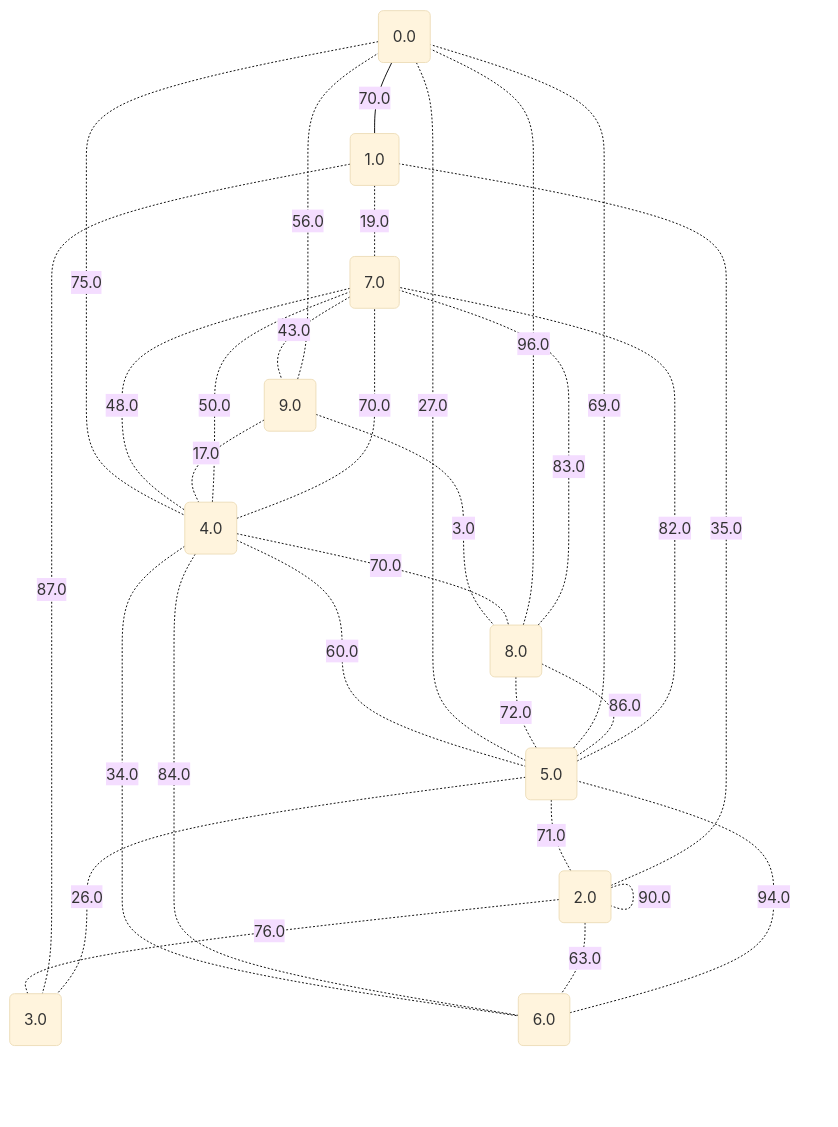
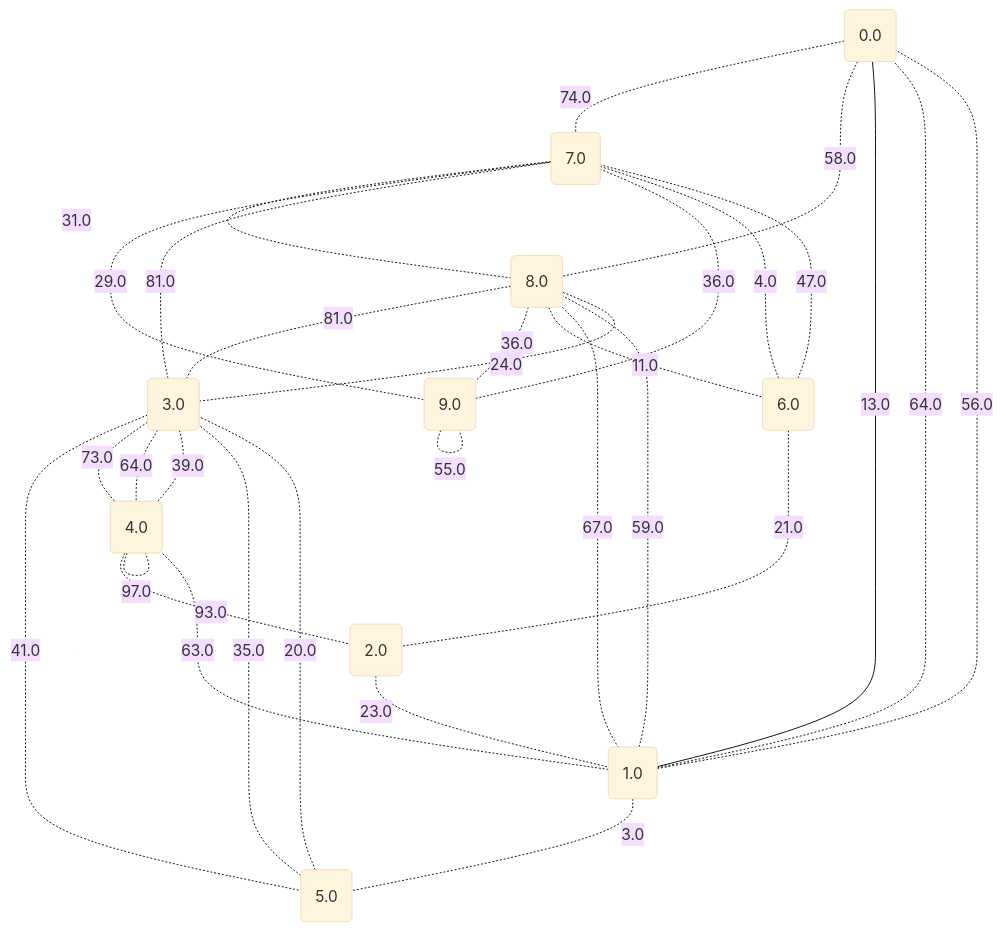
The third of 11 diagrams in project/src/testing/showcase/dijkstra.md (metury/graphs), drawn with Mermaid (base theme) before and after one commit. The commit also changed other lines of this file and 33 other files, not shown here.

````diff
--- a/project/src/testing/showcase/dijkstra.md
+++ b/project/src/testing/showcase/dijkstra.md
@@ -99,43 +99,43 @@
 ```mermaid
 graph TD;
 	0("0.0");
 	1("1.0");
 	2("2.0");
 	3("3.0");
 	4("4.0");
 	5("5.0");
 	6("6.0");
 	7("7.0");
 	8("8.0");
 	9("9.0");
-	6 -. "94.0" -.- 5;
-	4 -. "34.0" -.- 6;
-	2 -. "76.0" -.- 3;
-	4 -. "84.0" -.- 6;
-	4 -. "50.0" -.- 7;
-	7 -. "43.0" -.- 9;
-	4 -. "60.0" -.- 5;
-	0 -- "70.0" --- 1;
-	0 -. "75.0" -.- 4;
-	5 -. "71.0" -.- 2;
-	2 -. "25.0" -.- 2;
-	1 -. "87.0" -.- 3;
-	2 -. "35.0" -.- 1;
-	9 -. "3.0" -.- 8;
-	8 -. "96.0" -.- 0;
-	4 -. "70.0" -.- 7;
-	2 -. "63.0" -.- 6;
-	8 -. "83.0" -.- 7;
-	5 -. "26.0" -.- 3;
-	7 -. "48.0" -.- 4;
-	1 -. "19.0" -.- 7;
-	0 -. "27.0" -.- 5;
-	8 -. "72.0" -.- 5;
-	9 -. "56.0" -.- 0;
-	5 -. "69.0" -.- 0;
-	9 -. "17.0" -.- 4;
-	4 -. "70.0" -.- 8;
-	2 -. "90.0" -.- 2;
-	5 -. "86.0" -.- 8;
-	5 -. "82.0" -.- 7;
+	9 -. "55.0" -.- 9;
+	8 -. "81.0" -.- 3;
+	3 -. "81.0" -.- 7;
+	1 -. "3.0" -.- 5;
+	1 -- "13.0" --- 0;
+	3 -. "41.0" -.- 5;
+	0 -. "74.0" -.- 7;
+	5 -. "35.0" -.- 3;
+	3 -. "73.0" -.- 4;
+	3 -. "64.0" -.- 4;
+	7 -. "31.0" -.- 8;
+	7 -. "29.0" -.- 9;
+	6 -. "4.0" -.- 7;
+	8 -. "36.0" -.- 9;
+	3 -. "39.0" -.- 4;
+	6 -. "21.0" -.- 2;
+	9 -. "36.0" -.- 7;
+	2 -. "23.0" -.- 1;
+	3 -. "24.0" -.- 8;
+	4 -. "97.0" -.- 4;
+	1 -. "63.0" -.- 4;
+	1 -. "64.0" -.- 0;
+	4 -. "93.0" -.- 2;
+	1 -. "56.0" -.- 0;
+	0 -. "58.0" -.- 8;
+	8 -. "11.0" -.- 6;
+	1 -. "59.0" -.- 8;
+	5 -. "20.0" -.- 3;
+	6 -. "47.0" -.- 7;
+	8 -. "67.0" -.- 1;
 ```
````
